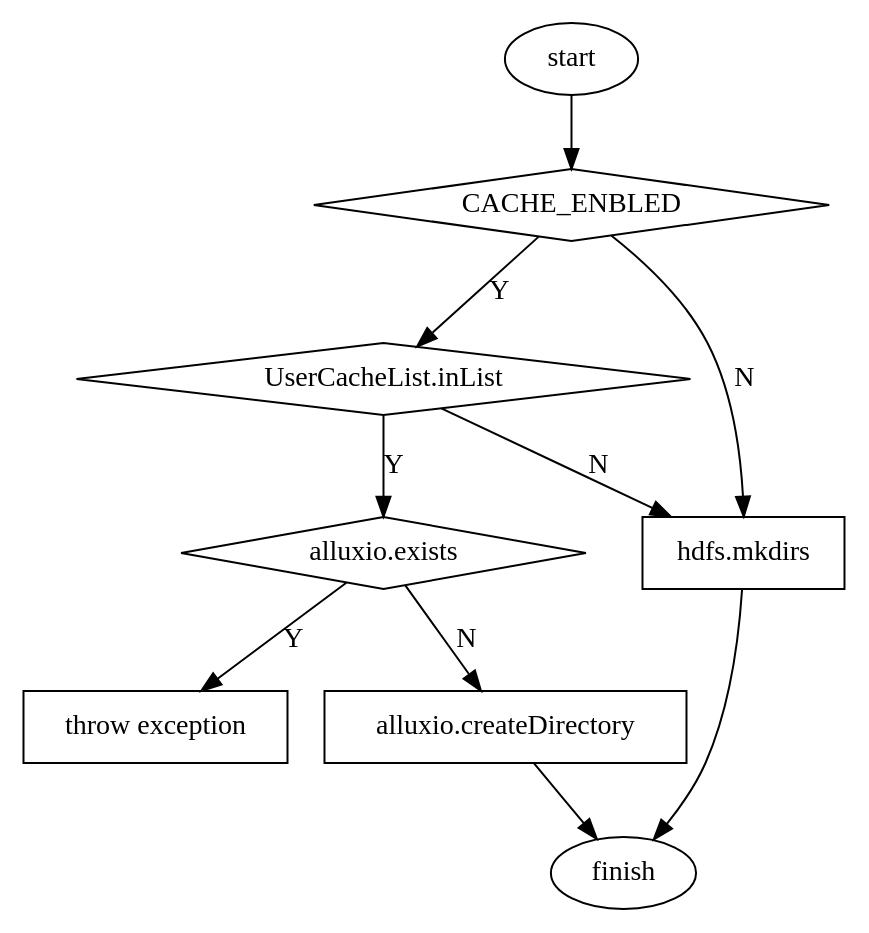
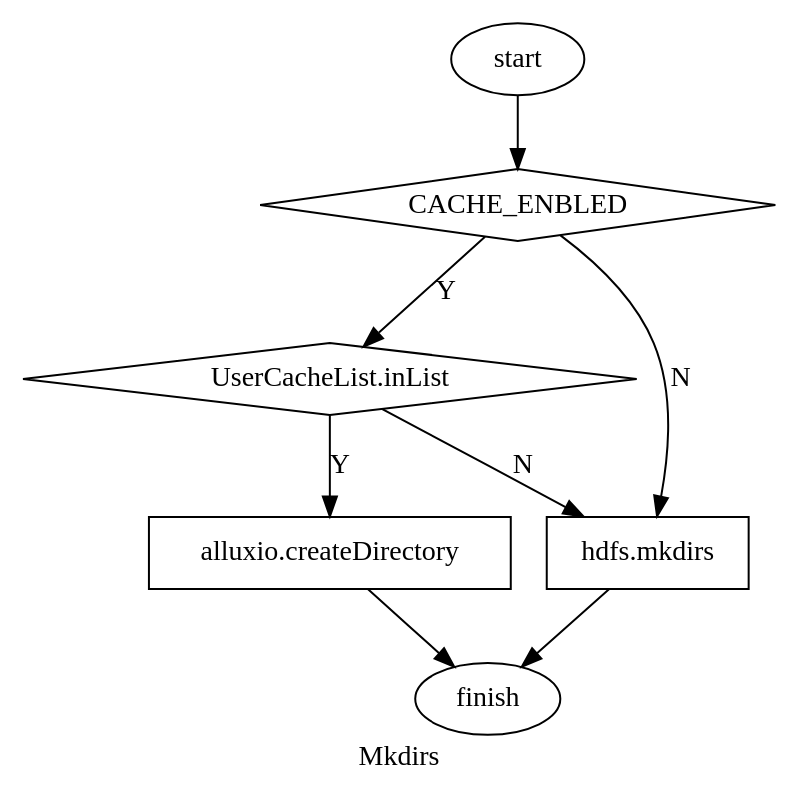
The diagram in alluxio/flow/mkdirs.dot (Jason0812/doc), drawn with Graphviz before and after one commit. The commit also changed 20 other files, not shown here.

```diff
--- a/alluxio/flow/mkdirs.dot
+++ b/alluxio/flow/mkdirs.dot
@@ -1,21 +1,18 @@
 digraph mkdirs{
+	label = "Mkdirs"
 	CACHE_ENBLED[shape=diamond];
 	start[shape=ellipse];
-	isExistInAlluxio[shape=diamond, label="alluxio.exists"];
 	inList[shape = diamond, label = "UserCacheList.inList"];
-	exception[shape = box, label = "throw exception"];
 	finish[shape=ellipse];
 	aMkdirs[shape = box, label = "alluxio.createDirectory"];
 	hMkdirs[shape = box, label= "hdfs.mkdirs"];
 
 	start -> CACHE_ENBLED;
 	CACHE_ENBLED -> hMkdirs[label = "N"];
 	CACHE_ENBLED -> inList[label = "Y"];
 	inList -> hMkdirs [label = "N"];
-	inList -> isExistInAlluxio[label = "Y"];
-	isExistInAlluxio -> exception[label = "Y"];
-	isExistInAlluxio -> aMkdirs[label = "N"];
+	inList -> aMkdirs[label = "Y"];
 	aMkdirs -> finish;
 	hMkdirs -> finish;
 
 }
```
